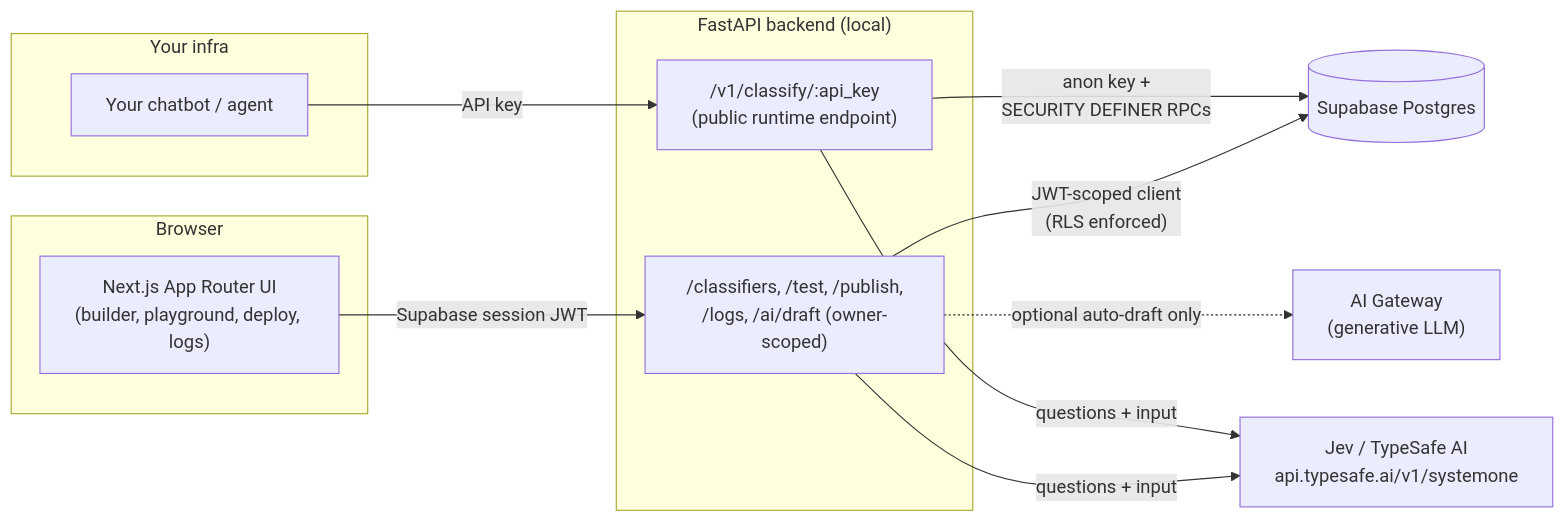
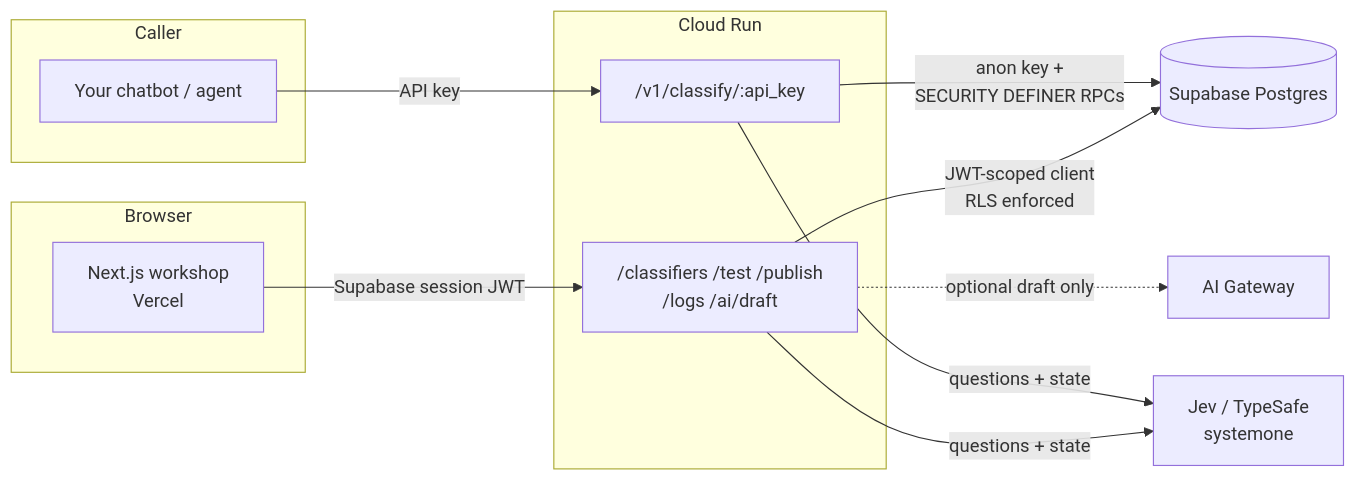
Before and after one commit to shashnkvats/BYOC: the diagram in README.md, drawn with Mermaid. The commit also changed other lines of this file and 4 other files, not shown here.

First line of the commit message:
Document the live Vercel and Cloud Run deployment.

````diff
--- a/README.md
+++ b/README.md
@@ -57,20 +71,20 @@
 ```mermaid
 flowchart LR
     subgraph Browser
-        UI["Next.js App Router UI<br/>(builder, playground, deploy, logs)"]
+        UI["Next.js workshop<br/>Vercel"]
     end
-    subgraph "Your infra"
+    subgraph Caller
         Bot["Your chatbot / agent"]
     end
     UI -- "Supabase session JWT" --> API
-    subgraph "FastAPI backend (local)"
-        API["/classifiers, /test, /publish,<br/>/logs, /ai/draft (owner-scoped)"]
-        Runtime["/v1/classify/:api_key<br/>(public runtime endpoint)"]
+    subgraph "Cloud Run"
+        API["/classifiers /test /publish<br/>/logs /ai/draft"]
+        Runtime["/v1/classify/:api_key"]
     end
     Bot -- "API key" --> Runtime
-    API -- "JWT-scoped client<br/>(RLS enforced)" --> DB[(Supabase Postgres)]
+    API -- "JWT-scoped client<br/>RLS enforced" --> DB[(Supabase Postgres)]
     Runtime -- "anon key +<br/>SECURITY DEFINER RPCs" --> DB
-    API -- "questions + input" --> Jev["Jev / TypeSafe AI<br/>api.typesafe.ai/v1/systemone"]
-    Runtime -- "questions + input" --> Jev
-    API -. "optional auto-draft only" .-> Gateway["AI Gateway<br/>(generative LLM)"]
+    API -- "questions + state" --> Jev["Jev / TypeSafe<br/>systemone"]
+    Runtime -- "questions + state" --> Jev
+    API -. "optional draft only" .-> Gateway["AI Gateway"]
 ```
````
